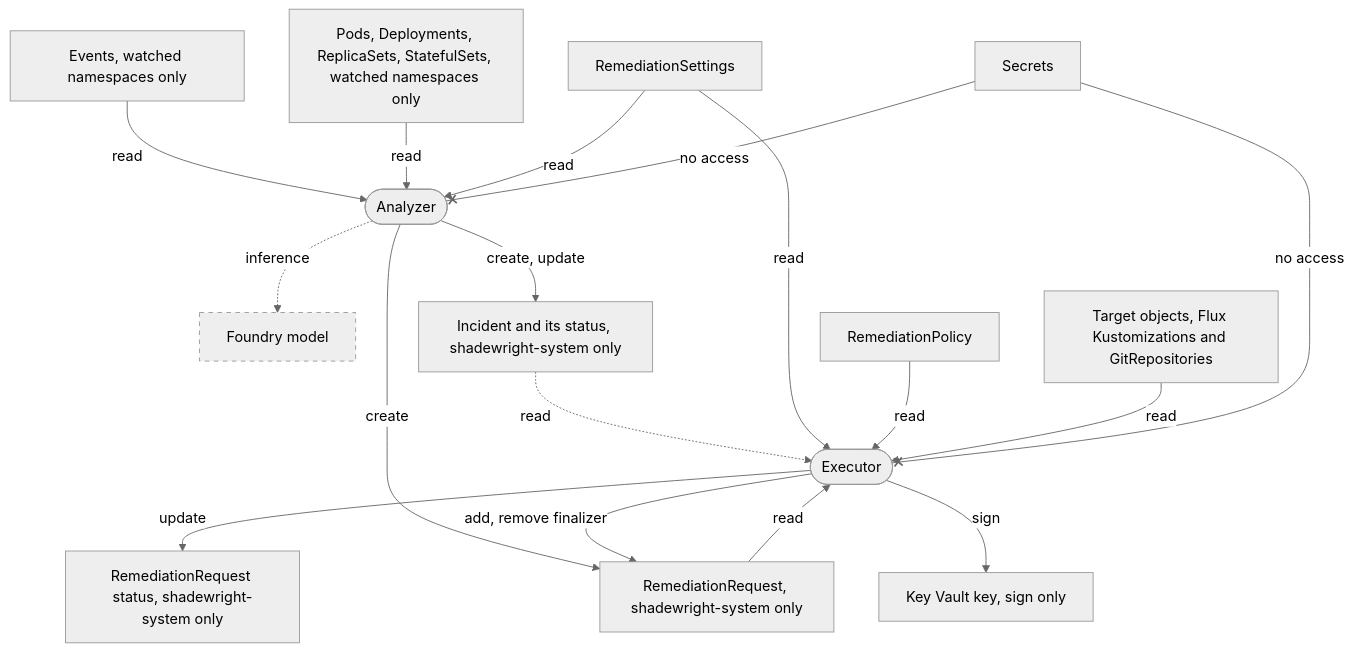
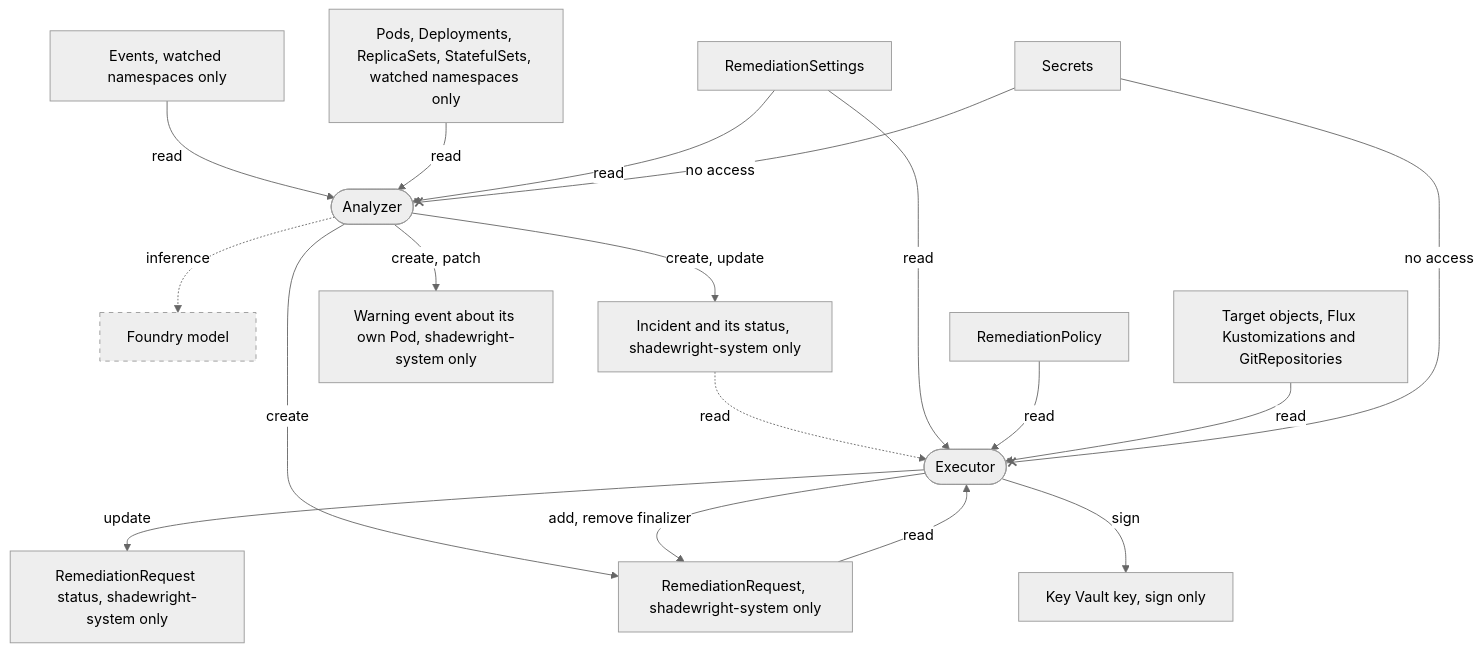
Before and after one commit to pkalin/shadewright: the fifth of 5 diagrams in docs/design.md, drawn with Mermaid (neutral theme). The commit also changed other lines of this file and 4 other files, not shown here.

Commit message:
docs: describe the Incident controller, its cap and its event grant

````diff
--- a/docs/design.md
+++ b/docs/design.md
@@ -576,34 +578,36 @@
 ```mermaid
 flowchart TB
     ev["Events, watched namespaces only"]
     wl["Pods, Deployments, ReplicaSets, StatefulSets, watched namespaces only"]
     an([Analyzer])
     fm[Foundry model]
     inc["Incident and its status, shadewright-system only"]
+    aev["Warning event about its own Pod, shadewright-system only"]
     rr["RemediationRequest, shadewright-system only"]
     set[RemediationSettings]
     pol[RemediationPolicy]
     tgt[Target objects, Flux Kustomizations and GitRepositories]
     ex([Executor])
     rrs["RemediationRequest status, shadewright-system only"]
     kv[Key Vault key, sign only]
     sec[Secrets]
     ev -- read --> an
     wl -- read --> an
     set -- read --> an
     an -. inference .-> fm
     an -- create, update --> inc
+    an -- create, patch --> aev
     an -- create --> rr
     inc -. read .-> ex
     rr -- read --> ex
     set -- read --> ex
     pol -- read --> ex
     tgt -- read --> ex
     ex -- update --> rrs
     ex -- add, remove finalizer --> rr
     ex -- sign --> kv
     sec -- no access --x an
     sec -- no access --x ex
     classDef planned stroke-dasharray: 5 5
     class fm planned
 ```
````
